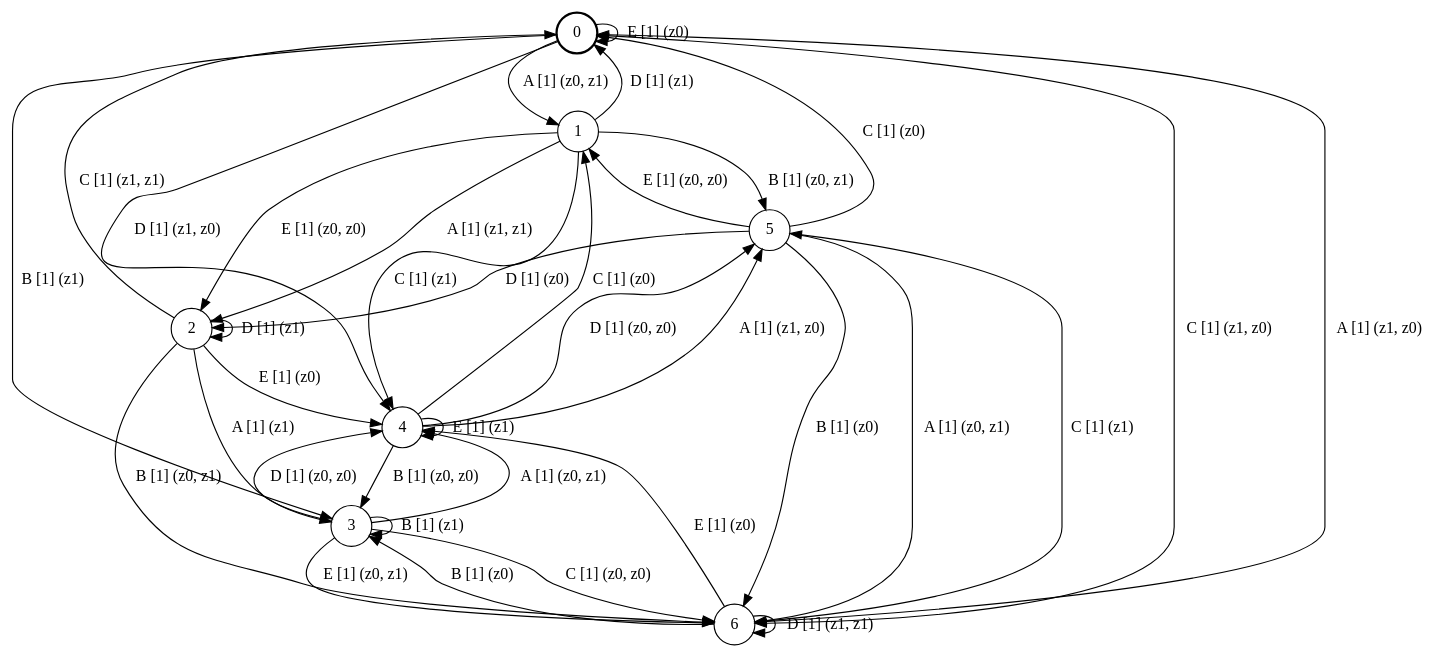
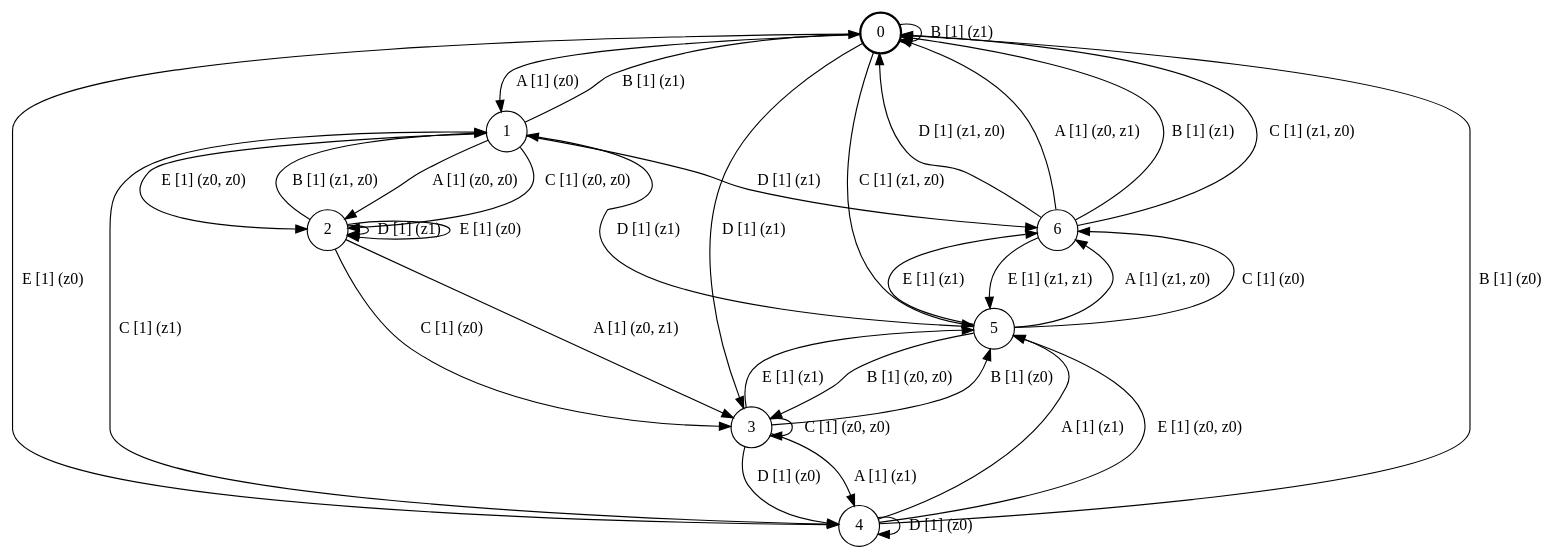
Before and after one commit to ulyantsev/EFSM-tools: the diagram in qbf/testing/fsm_7s5e2a.dot, drawn with Graphviz. The commit also changed 3063 other files, not shown here.

```diff
--- a/qbf/testing/fsm_7s5e2a.dot
+++ b/qbf/testing/fsm_7s5e2a.dot
@@ -1,41 +1,41 @@
 # generated file, don't try to modify
 # command: dot -Tpng <filename> > tree.png
 digraph Automaton {
     node [shape = circle];
     0 [style = "bold"];
-    0 -> 1 [label = "A [1] (z0, z1) "];
-    0 -> 3 [label = "B [1] (z1) "];
-    0 -> 6 [label = "C [1] (z1, z0) "];
-    0 -> 4 [label = "D [1] (z1, z0) "];
-    0 -> 0 [label = "E [1] (z0) "];
-    1 -> 2 [label = "A [1] (z1, z1) "];
-    1 -> 5 [label = "B [1] (z0, z1) "];
-    1 -> 4 [label = "C [1] (z1) "];
-    1 -> 0 [label = "D [1] (z1) "];
+    0 -> 1 [label = "A [1] (z0) "];
+    0 -> 0 [label = "B [1] (z1) "];
+    0 -> 5 [label = "C [1] (z1, z0) "];
+    0 -> 3 [label = "D [1] (z1) "];
+    0 -> 4 [label = "E [1] (z0) "];
+    1 -> 2 [label = "A [1] (z0, z0) "];
+    1 -> 0 [label = "B [1] (z1) "];
+    1 -> 2 [label = "C [1] (z0, z0) "];
+    1 -> 6 [label = "D [1] (z1) "];
     1 -> 2 [label = "E [1] (z0, z0) "];
-    2 -> 3 [label = "A [1] (z1) "];
-    2 -> 6 [label = "B [1] (z0, z1) "];
-    2 -> 0 [label = "C [1] (z1, z1) "];
+    2 -> 3 [label = "A [1] (z0, z1) "];
+    2 -> 1 [label = "B [1] (z1, z0) "];
+    2 -> 3 [label = "C [1] (z0) "];
     2 -> 2 [label = "D [1] (z1) "];
-    2 -> 4 [label = "E [1] (z0) "];
-    3 -> 4 [label = "A [1] (z0, z1) "];
-    3 -> 3 [label = "B [1] (z1) "];
-    3 -> 6 [label = "C [1] (z0, z0) "];
-    3 -> 4 [label = "D [1] (z0, z0) "];
-    3 -> 6 [label = "E [1] (z0, z1) "];
-    4 -> 5 [label = "A [1] (z1, z0) "];
-    4 -> 3 [label = "B [1] (z0, z0) "];
-    4 -> 1 [label = "C [1] (z0) "];
-    4 -> 5 [label = "D [1] (z0, z0) "];
-    4 -> 4 [label = "E [1] (z1) "];
-    5 -> 6 [label = "A [1] (z0, z1) "];
-    5 -> 6 [label = "B [1] (z0) "];
-    5 -> 0 [label = "C [1] (z0) "];
-    5 -> 2 [label = "D [1] (z0) "];
-    5 -> 1 [label = "E [1] (z0, z0) "];
-    6 -> 0 [label = "A [1] (z1, z0) "];
-    6 -> 3 [label = "B [1] (z0) "];
-    6 -> 5 [label = "C [1] (z1) "];
-    6 -> 6 [label = "D [1] (z1, z1) "];
-    6 -> 4 [label = "E [1] (z0) "];
+    2 -> 2 [label = "E [1] (z0) "];
+    3 -> 4 [label = "A [1] (z1) "];
+    3 -> 5 [label = "B [1] (z0) "];
+    3 -> 3 [label = "C [1] (z0, z0) "];
+    3 -> 4 [label = "D [1] (z0) "];
+    3 -> 5 [label = "E [1] (z1) "];
+    4 -> 5 [label = "A [1] (z1) "];
+    4 -> 0 [label = "B [1] (z0) "];
+    4 -> 1 [label = "C [1] (z1) "];
+    4 -> 4 [label = "D [1] (z0) "];
+    4 -> 5 [label = "E [1] (z0, z0) "];
+    5 -> 6 [label = "A [1] (z1, z0) "];
+    5 -> 3 [label = "B [1] (z0, z0) "];
+    5 -> 6 [label = "C [1] (z0) "];
+    5 -> 1 [label = "D [1] (z1) "];
+    5 -> 6 [label = "E [1] (z1) "];
+    6 -> 0 [label = "A [1] (z0, z1) "];
+    6 -> 0 [label = "B [1] (z1) "];
+    6 -> 0 [label = "C [1] (z1, z0) "];
+    6 -> 0 [label = "D [1] (z1, z0) "];
+    6 -> 5 [label = "E [1] (z1, z1) "];
 }
```
